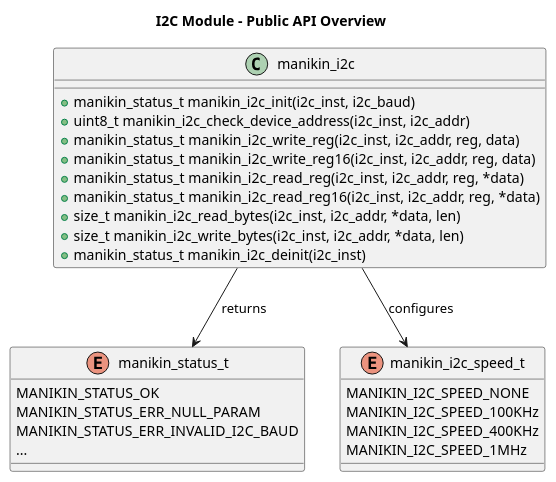
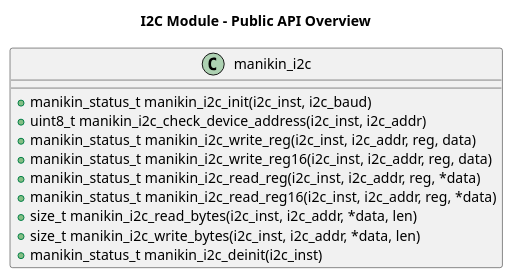
Before and after one commit to RobotPatient/Manikin_Software_Libraries_V3: the diagram in docs/assets/i2c_module_api_overview.iuml, drawn with PlantUML. The commit also changed 2 other files, not shown here.

Commit message:
remove types from class diagram

```diff
--- a/docs/assets/i2c_module_api_overview.iuml
+++ b/docs/assets/i2c_module_api_overview.iuml
@@ -1,33 +1,17 @@
 @startuml
 title I2C Module - Public API Overview
 
 class manikin_i2c {
   +manikin_status_t manikin_i2c_init(i2c_inst, i2c_baud)
   +uint8_t manikin_i2c_check_device_address(i2c_inst, i2c_addr)
   +manikin_status_t manikin_i2c_write_reg(i2c_inst, i2c_addr, reg, data)
   +manikin_status_t manikin_i2c_write_reg16(i2c_inst, i2c_addr, reg, data)
   +manikin_status_t manikin_i2c_read_reg(i2c_inst, i2c_addr, reg, *data)
   +manikin_status_t manikin_i2c_read_reg16(i2c_inst, i2c_addr, reg, *data)
   +size_t manikin_i2c_read_bytes(i2c_inst, i2c_addr, *data, len)
   +size_t manikin_i2c_write_bytes(i2c_inst, i2c_addr, *data, len)
   +manikin_status_t manikin_i2c_deinit(i2c_inst)
 }
 
-enum manikin_status_t {
-  MANIKIN_STATUS_OK
-  MANIKIN_STATUS_ERR_NULL_PARAM
-  MANIKIN_STATUS_ERR_INVALID_I2C_BAUD
-  ...
-}
-
-enum manikin_i2c_speed_t {
-  MANIKIN_I2C_SPEED_NONE
-  MANIKIN_I2C_SPEED_100KHz
-  MANIKIN_I2C_SPEED_400KHz
-  MANIKIN_I2C_SPEED_1MHz
-}
-
-manikin_i2c --> manikin_status_t : returns
-manikin_i2c --> manikin_i2c_speed_t : configures
 
 @enduml
```
